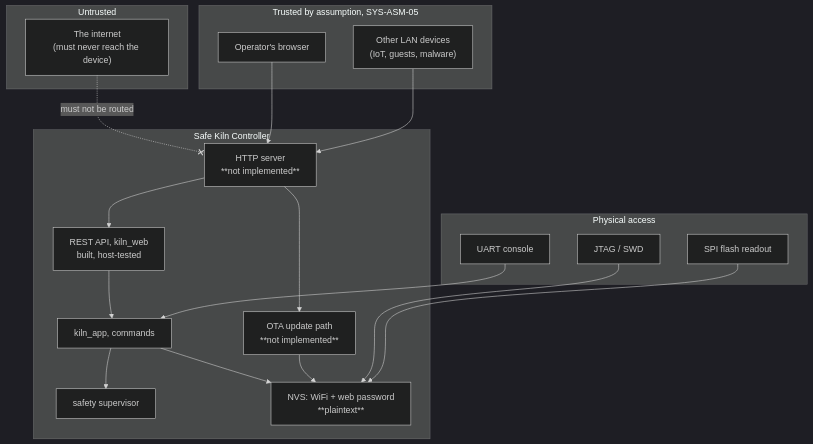
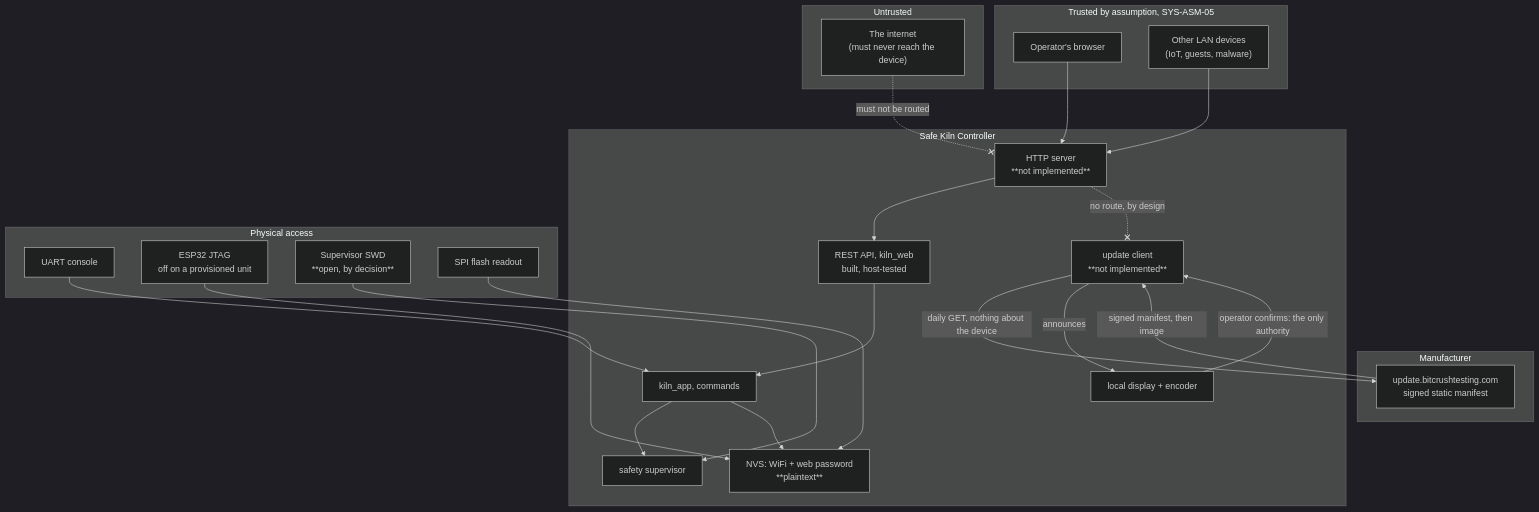
One commit to bitcrushtesting/SafeKilnController changed the diagram in docs/security.md. Above: the diagram before and after it, drawn with Mermaid (dark theme). The commit also changed other lines of this file and 10 other files, not shown here.

````diff
--- a/docs/security.md
+++ b/docs/security.md
@@ -103,32 +103,42 @@
 ```mermaid
 flowchart TB
     subgraph UNTRUSTED["Untrusted"]
         INET["The internet<br/>(must never reach the device)"]
     end
     subgraph LAN["Trusted by assumption, SYS-ASM-05"]
         BROWSER["Operator's browser"]
         OTHER["Other LAN devices<br/>(IoT, guests, malware)"]
     end
+    subgraph VENDOR["Manufacturer"]
+        UPDSVC["update.bitcrushtesting.com<br/>signed static manifest"]
+    end
     subgraph DEVICE["Safe Kiln Controller"]
         HTTP["HTTP server<br/>**not implemented**"]
         API["REST API, kiln_web<br/>built, host-tested"]
         APP["kiln_app, commands"]
         SAFE["safety supervisor"]
         NVS["NVS: WiFi + web password<br/>**plaintext**"]
-        OTA["OTA update path<br/>**not implemented**"]
+        OTA["update client<br/>**not implemented**"]
+        HMI["local display + encoder"]
     end
     subgraph PHYS["Physical access"]
         UART["UART console"]
-        JTAG["JTAG / SWD"]
+        JTAG["ESP32 JTAG<br/>off on a provisioned unit"]
+        SWD["Supervisor SWD<br/>**open, by decision**"]
         FLASH["SPI flash readout"]
     end
     INET -. "must not be routed" .-x HTTP
     BROWSER --> HTTP
     OTHER --> HTTP
     HTTP --> API --> APP --> SAFE
     APP --> NVS
-    HTTP --> OTA --> NVS
+    HTTP -. "no route, by design" .-x OTA
+    OTA -->|"daily GET, nothing about the device"| UPDSVC
+    UPDSVC -->|"signed manifest, then image"| OTA
+    OTA -->|"announces"| HMI
+    HMI -->|"operator confirms: the only authority"| OTA
     UART --> APP
     JTAG --> NVS
+    SWD --> SAFE
     FLASH --> NVS
 ```
````
